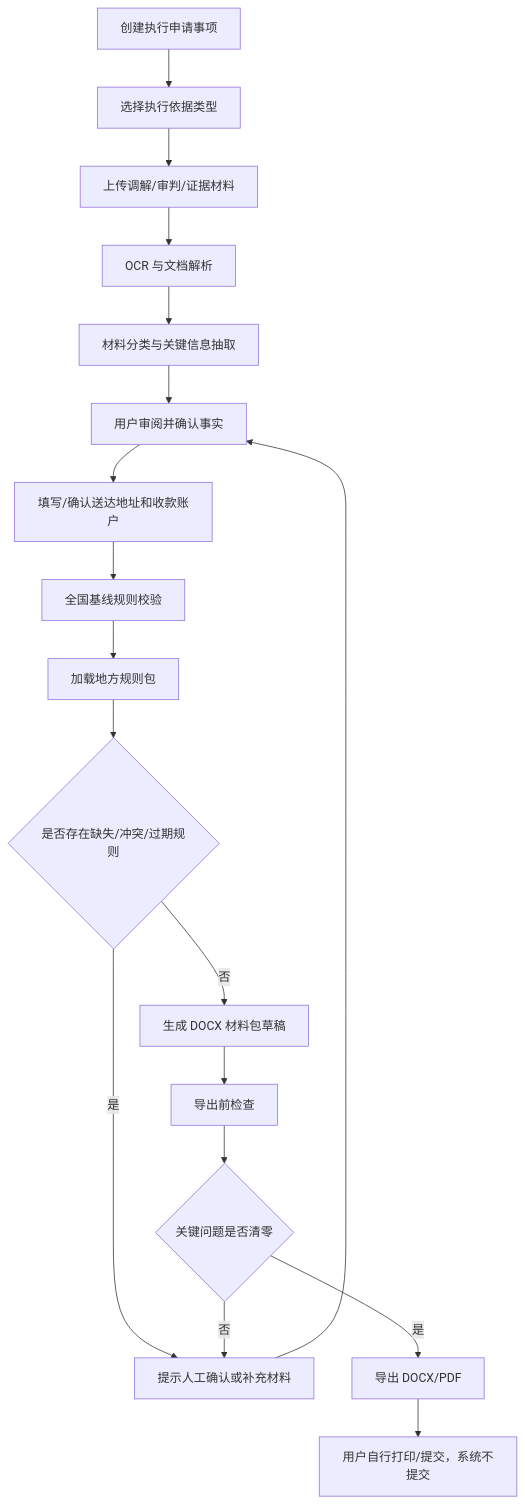
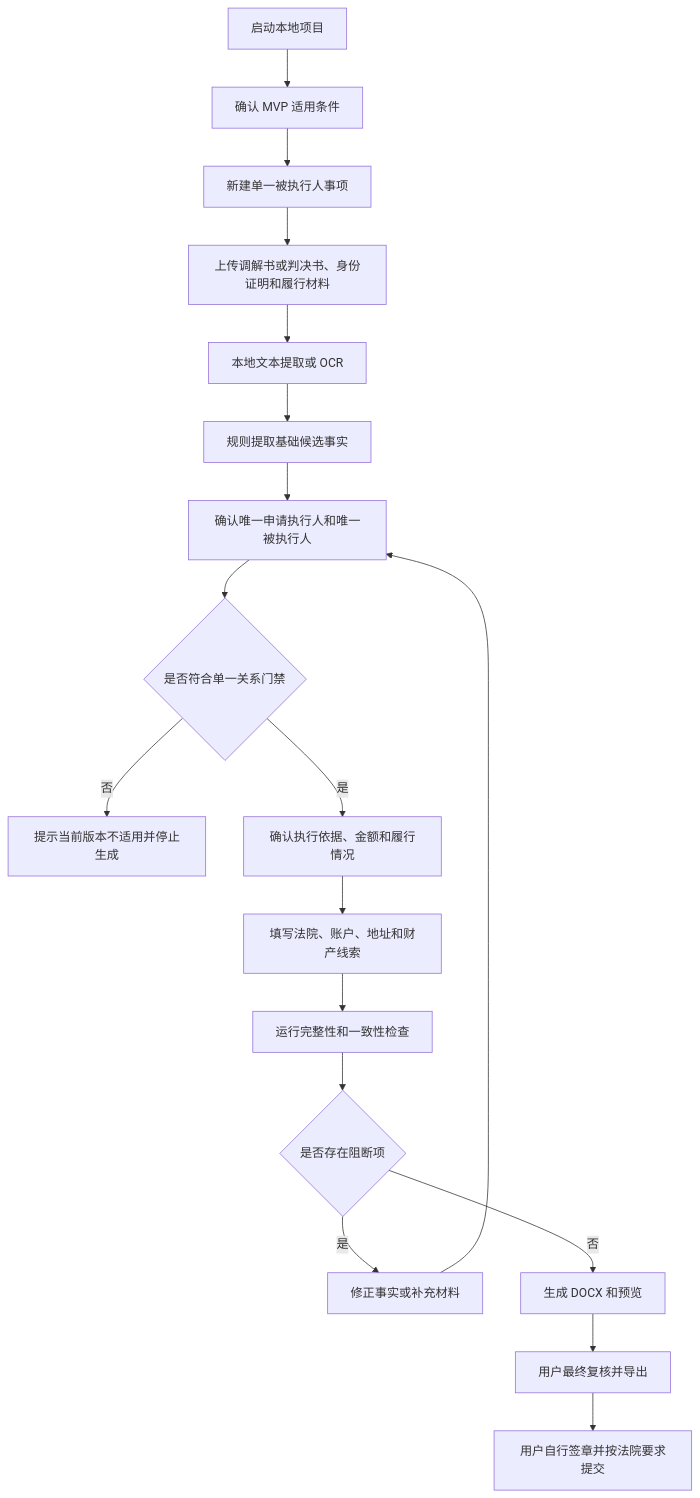
One commit to LanShiLiang/CaseFilingAssistant changed the diagram in outputs/产品方案_全国版强制执行材料生成助手.md. Above: the diagram before and after it, drawn with Mermaid. The commit also changed other lines of this file and 5 other files, not shown here.

````diff
--- a/outputs/产品方案_全国版强制执行材料生成助手.md
+++ b/outputs/产品方案_全国版强制执行材料生成助手.md
@@ -81,20 +116,20 @@
 ```mermaid
 flowchart TD
-  A["创建执行申请事项"] --> B["选择执行依据类型"]
-  B --> C["上传调解/审判/证据材料"]
-  C --> D["OCR 与文档解析"]
-  D --> E["材料分类与关键信息抽取"]
-  E --> F["用户审阅并确认事实"]
-  F --> G["填写/确认送达地址和收款账户"]
-  G --> H["全国基线规则校验"]
-  H --> I["加载地方规则包"]
-  I --> J{"是否存在缺失/冲突/过期规则"}
-  J -- "是" --> K["提示人工确认或补充材料"]
-  K --> F
-  J -- "否" --> L["生成 DOCX 材料包草稿"]
-  L --> M["导出前检查"]
-  M --> N{"关键问题是否清零"}
-  N -- "否" --> K
-  N -- "是" --> O["导出 DOCX/PDF"]
-  O --> P["用户自行打印/提交，系统不提交"]
+  A["启动本地项目"] --> B["确认 MVP 适用条件"]
+  B --> C["新建单一被执行人事项"]
+  C --> D["上传调解书或判决书、身份证明和履行材料"]
+  D --> E["本地文本提取或 OCR"]
+  E --> F["规则提取基础候选事实"]
+  F --> G["确认唯一申请执行人和唯一被执行人"]
+  G --> H{"是否符合单一关系门禁"}
+  H -- "否" --> I["提示当前版本不适用并停止生成"]
+  H -- "是" --> J["确认执行依据、金额和履行情况"]
+  J --> K["填写法院、账户、地址和财产线索"]
+  K --> L["运行完整性和一致性检查"]
+  L --> M{"是否存在阻断项"}
+  M -- "是" --> N["修正事实或补充材料"]
+  N --> G
+  M -- "否" --> O["生成 DOCX 和预览"]
+  O --> P["用户最终复核并导出"]
+  P --> Q["用户自行签章并按法院要求提交"]
 ```
````
